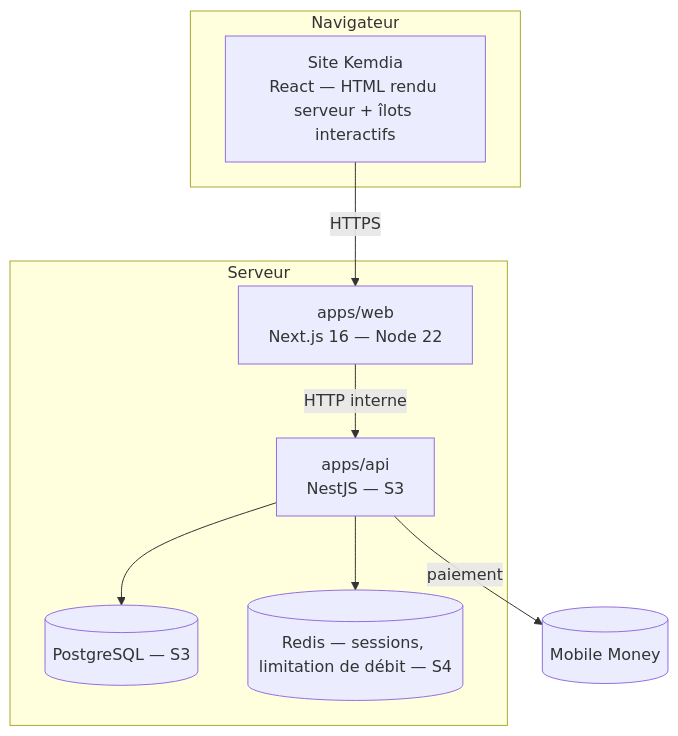
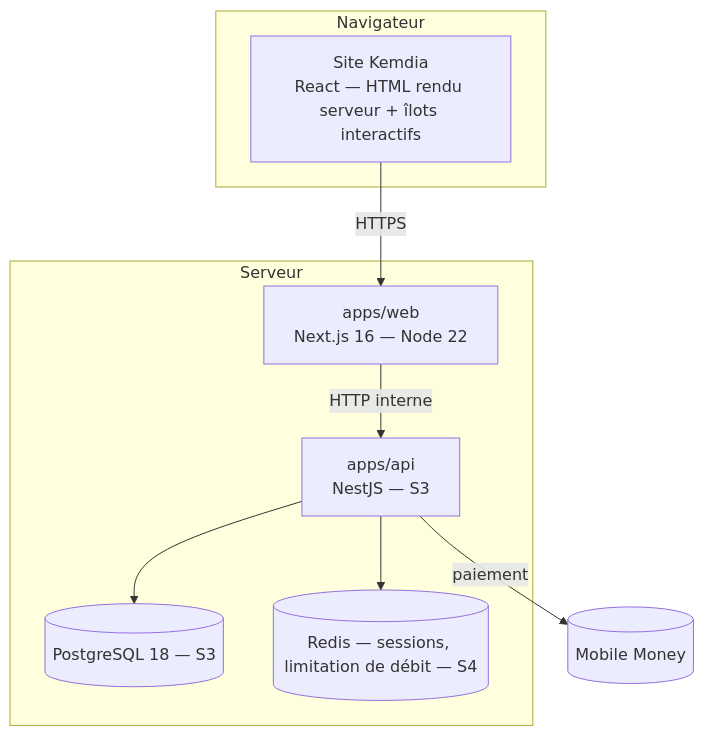
Before and after one commit to levy-kombila/kemdia: the second of 9 diagrams in docs/architecture/cahier-architecture.md, drawn with Mermaid. The commit also changed other lines of this file and 38 other files, not shown here.

First line of the commit message:
feat(api): PostgreSQL 18 et Prisma 7, un schéma par module, santé de la base (S3-T02)

````diff
--- a/docs/architecture/cahier-architecture.md
+++ b/docs/architecture/cahier-architecture.md
@@ -116,17 +117,17 @@
 ```mermaid
 flowchart TB
     subgraph Navigateur
       ui[Site Kemdia<br/>React — HTML rendu serveur + îlots interactifs]
     end
     subgraph Serveur
       web[apps/web<br/>Next.js 16 — Node 22]
       api[apps/api<br/>NestJS — S3]
-      db[(PostgreSQL — S3)]
+      db[(PostgreSQL 18 — S3)]
       cache[(Redis — sessions, limitation de débit — S4)]
     end
     ui -- HTTPS --> web
     web -- HTTP interne --> api
     api --> db
     api --> cache
     api -- paiement --> mm[(Mobile Money)]
 ```
````
